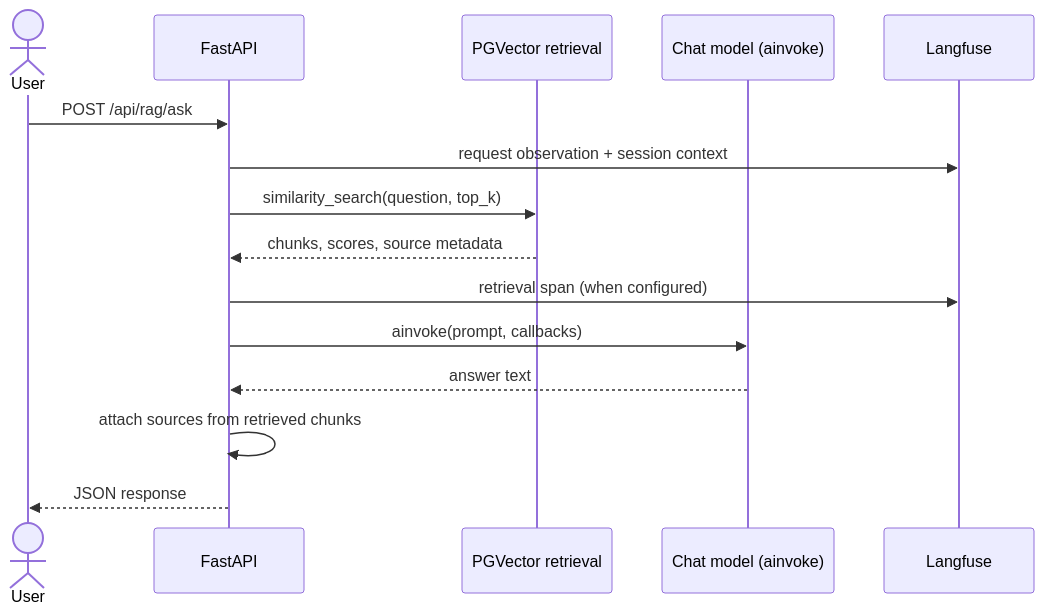
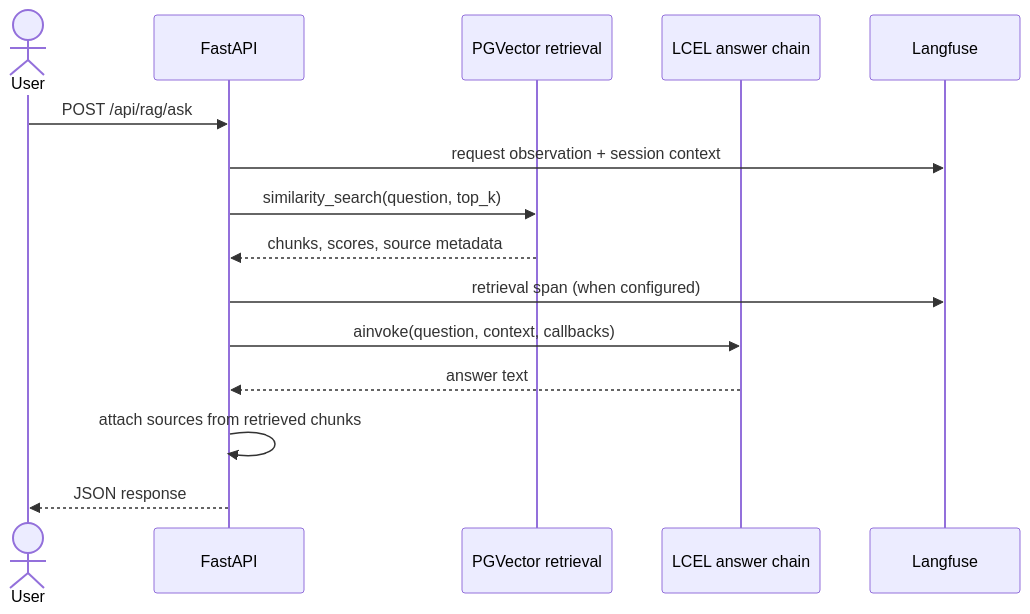
One commit to tranquoctrieu382006-tech/AI-assistant changed the seventh of 7 diagrams in docs/architecture.md. Above: the diagram before and after it, drawn with Mermaid. The commit also changed other lines of this file and 10 other files, not shown here.

Commit message:
feat(rag): add LCEL chain and chunking comparison

````diff
--- a/docs/architecture.md
+++ b/docs/architecture.md
@@ -281,18 +285,18 @@
 ```mermaid
 sequenceDiagram
     actor User
     participant API as FastAPI
     participant RET as PGVector retrieval
-    participant LLM as Chat model (ainvoke)
+    participant LLM as LCEL answer chain
     participant LF as Langfuse
 
     User->>API: POST /api/rag/ask
     API->>LF: request observation + session context
     API->>RET: similarity_search(question, top_k)
     RET-->>API: chunks, scores, source metadata
     API->>LF: retrieval span (when configured)
-    API->>LLM: ainvoke(prompt, callbacks)
+    API->>LLM: ainvoke(question, context, callbacks)
     LLM-->>API: answer text
     API->>API: attach sources from retrieved chunks
     API-->>User: JSON response
 ```
````
